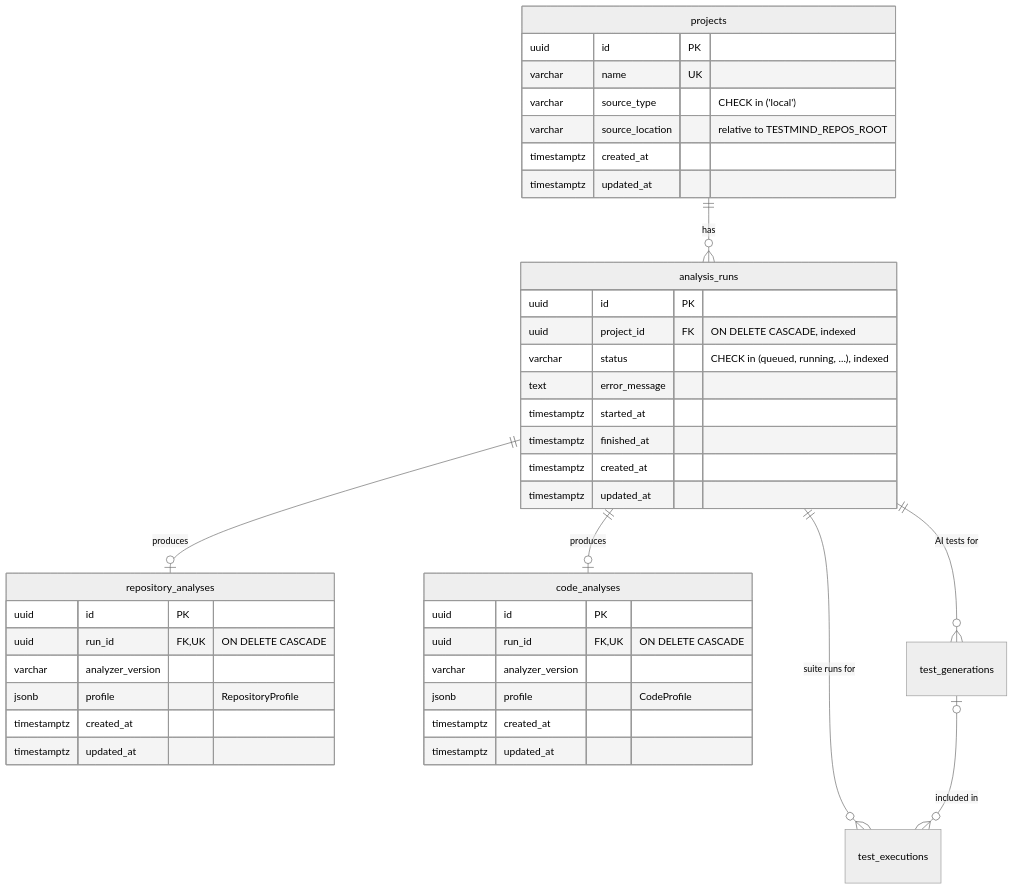
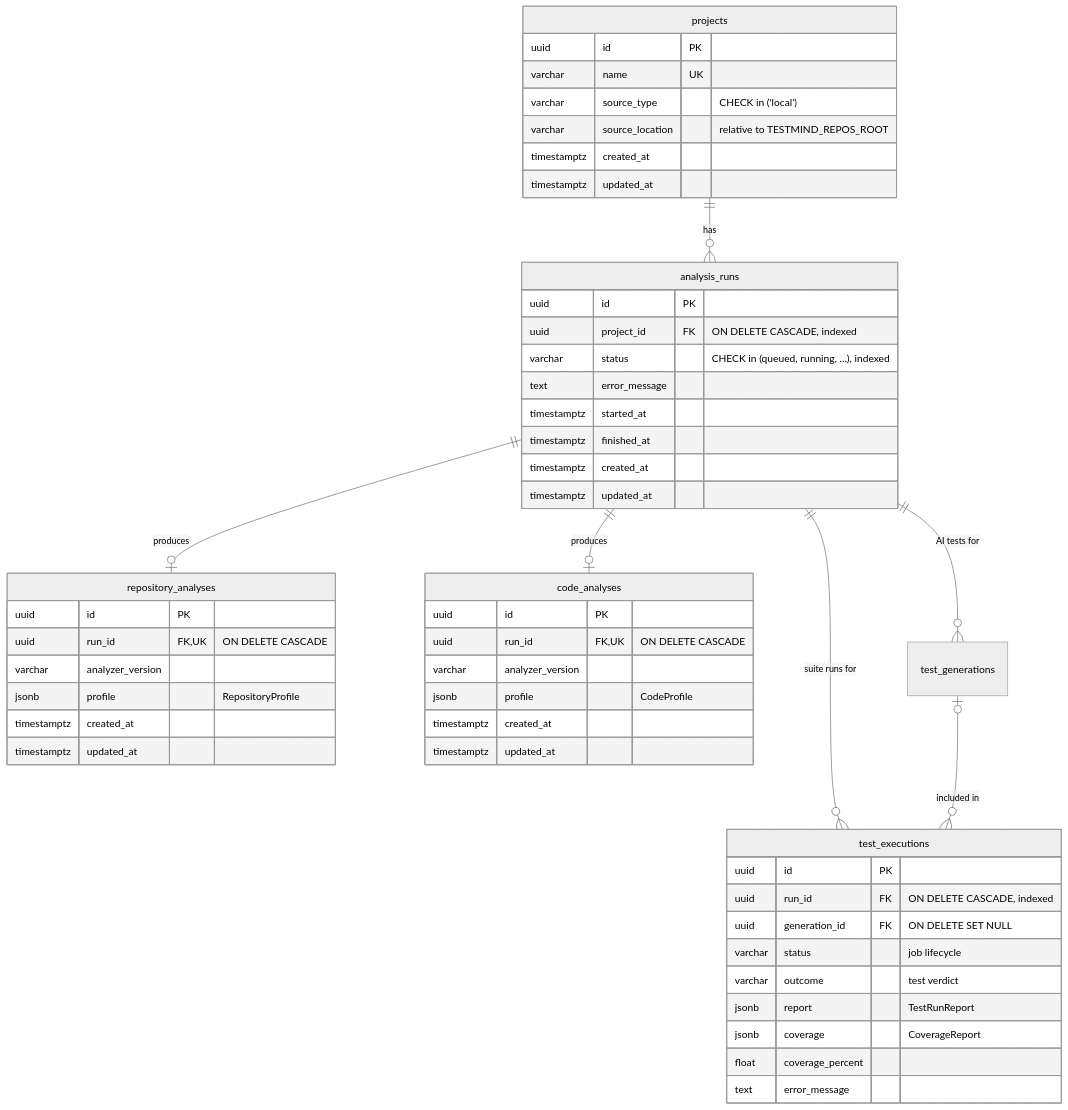
One commit to AAli-gh/AI-Powered-Software-Testing-Platform changed the fourth of 4 diagrams in docs/architecture.md. Above: the diagram before and after it, drawn with Mermaid (neutral theme). The commit also changed other lines of this file and 55 other files, not shown here.

````diff
--- a/docs/architecture.md
+++ b/docs/architecture.md
@@ -130,43 +130,54 @@
 ```mermaid
 erDiagram
     projects ||--o{ analysis_runs : has
     analysis_runs ||--o| repository_analyses : produces
     analysis_runs ||--o| code_analyses : produces
     analysis_runs ||--o{ test_generations : "AI tests for"
     analysis_runs ||--o{ test_executions : "suite runs for"
     test_generations |o--o{ test_executions : "included in"
     projects {
         uuid id PK
         varchar name UK
         varchar source_type "CHECK in ('local')"
         varchar source_location "relative to TESTMIND_REPOS_ROOT"
         timestamptz created_at
         timestamptz updated_at
     }
     analysis_runs {
         uuid id PK
         uuid project_id FK "ON DELETE CASCADE, indexed"
         varchar status "CHECK in (queued, running, ...), indexed"
         text error_message
         timestamptz started_at
         timestamptz finished_at
         timestamptz created_at
         timestamptz updated_at
     }
     repository_analyses {
         uuid id PK
         uuid run_id FK,UK "ON DELETE CASCADE"
         varchar analyzer_version
         jsonb profile "RepositoryProfile"
         timestamptz created_at
         timestamptz updated_at
     }
     code_analyses {
         uuid id PK
         uuid run_id FK,UK "ON DELETE CASCADE"
         varchar analyzer_version
         jsonb profile "CodeProfile"
         timestamptz created_at
         timestamptz updated_at
     }
+    test_executions {
+        uuid id PK
+        uuid run_id FK "ON DELETE CASCADE, indexed"
+        uuid generation_id FK "ON DELETE SET NULL"
+        varchar status "job lifecycle"
+        varchar outcome "test verdict"
+        jsonb report "TestRunReport"
+        jsonb coverage "CoverageReport"
+        float coverage_percent
+        text error_message
+    }
 ```
````
